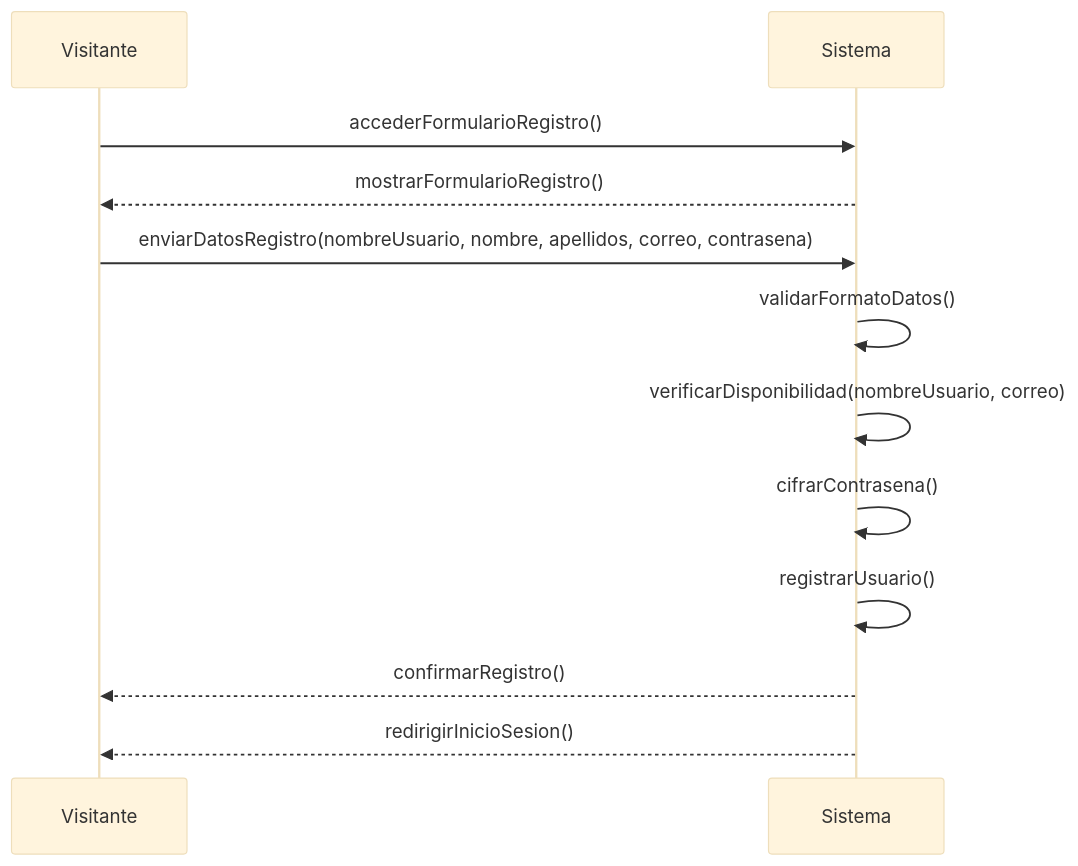
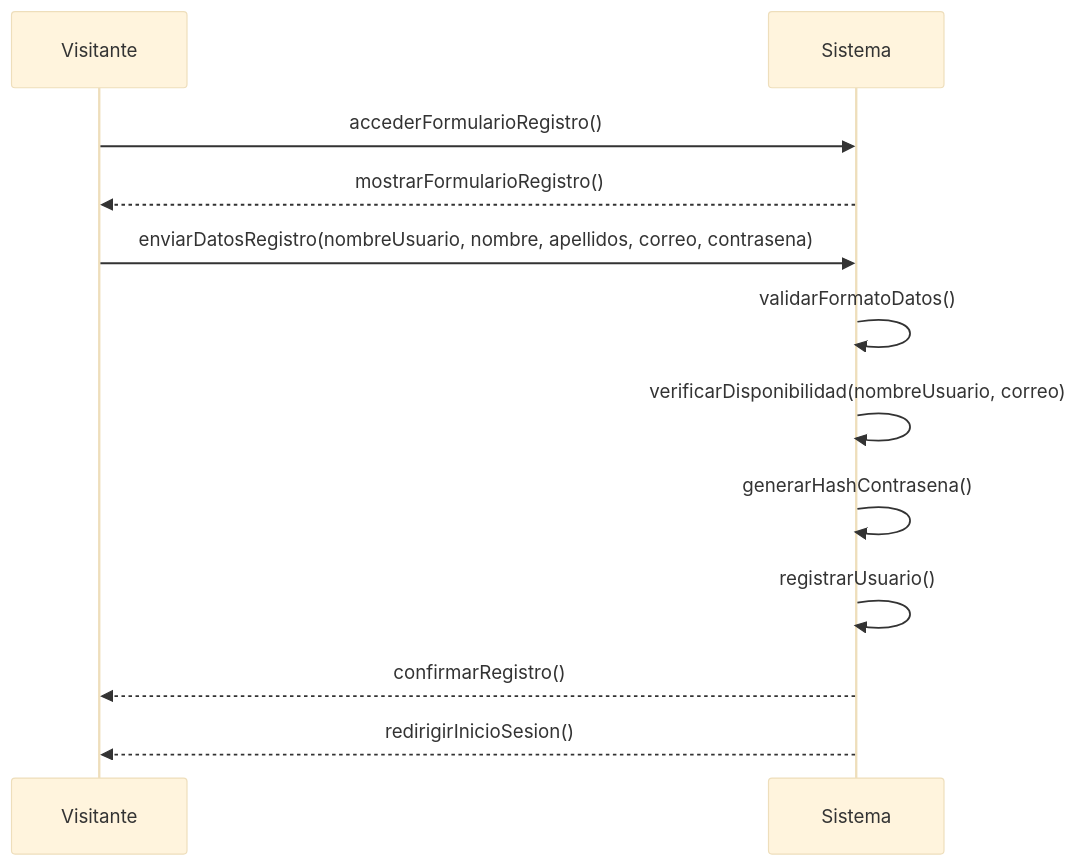
Before and after one commit to eLeCe2611/vitalXAI: the second of 40 diagrams in Documentacion/Capitulo14_Modelo_de_Dominio_y_Entidades_del_Sistema.md, drawn with Mermaid (base theme). The commit also changed other lines of this file and 42 other files, not shown here.

````diff
--- a/Documentacion/Capitulo14_Modelo_de_Dominio_y_Entidades_del_Sistema.md
+++ b/Documentacion/Capitulo14_Modelo_de_Dominio_y_Entidades_del_Sistema.md
@@ -126,14 +156,14 @@
 ```mermaid
 sequenceDiagram
     participant V as Visitante
     participant S as Sistema
     V->>S: accederFormularioRegistro()
     S-->>V: mostrarFormularioRegistro()
     V->>S: enviarDatosRegistro(nombreUsuario, nombre, apellidos, correo, contrasena)
     S->>S: validarFormatoDatos()
     S->>S: verificarDisponibilidad(nombreUsuario, correo)
-    S->>S: cifrarContrasena()
+    S->>S: generarHashContrasena()
     S->>S: registrarUsuario()
     S-->>V: confirmarRegistro()
     S-->>V: redirigirInicioSesion()
 ```
````
